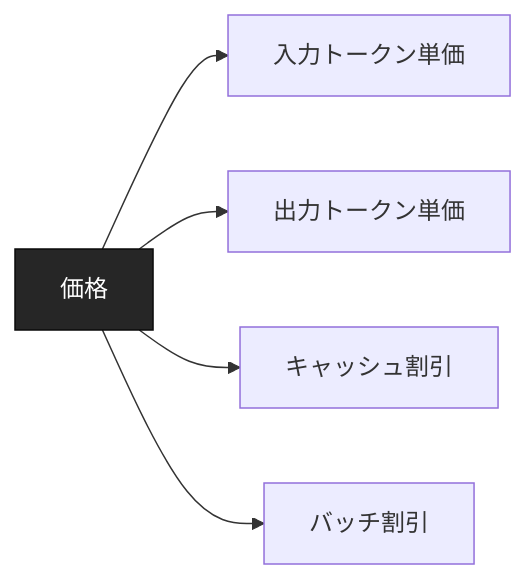
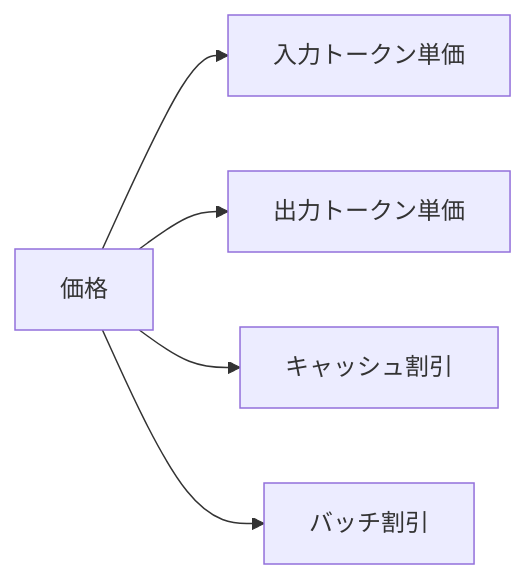
Before and after one commit to dinekt/dinekt-wiki: the second of 2 diagrams in docs/tech-notes/openai-と-anthropic-api-の主要差分.md, drawn with Mermaid. The commit also changed other lines of this file and 70 other files, not shown here.

First line of the commit message:
fix(mermaid): strip all inline styling, rely on theme

````diff
--- a/docs/tech-notes/openai-と-anthropic-api-の主要差分.md
+++ b/docs/tech-notes/openai-と-anthropic-api-の主要差分.md
@@ -99,9 +97,8 @@
 ```mermaid
 flowchart LR
     P[価格] --> I[入力トークン単価]
     P --> O[出力トークン単価]
     P --> C[キャッシュ割引]
     P --> B[バッチ割引]
 
-    style P fill:#262626,color:#fff,stroke:#0a0a0a
 ```
````
